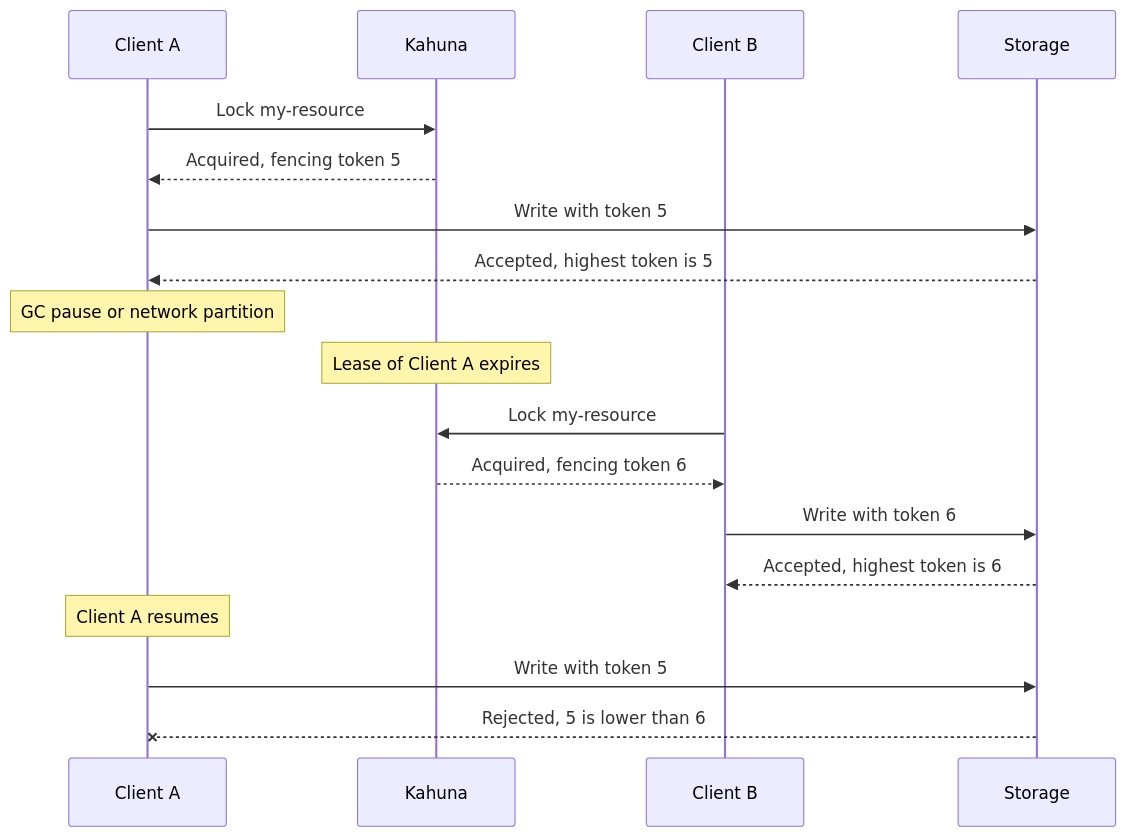
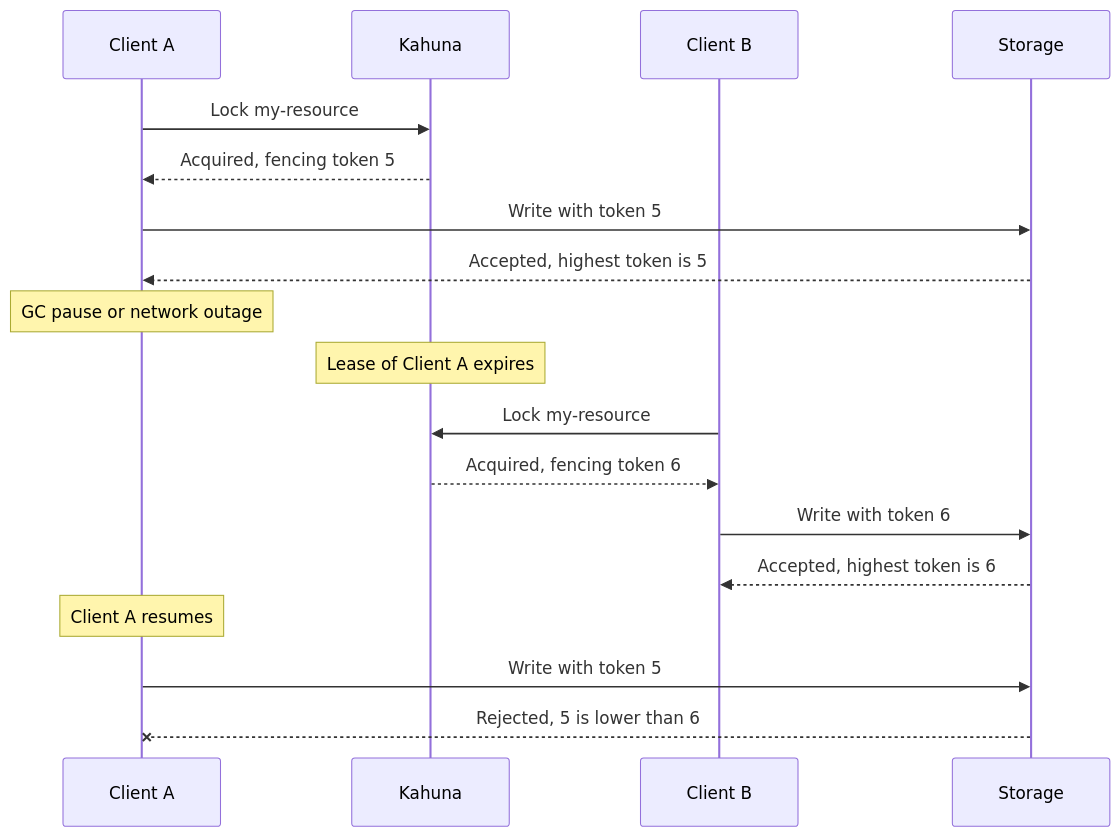
One commit to kahunakv/kahunakv.github.io changed the diagram in docs/distributed-locks/fencing-tokens.md. Above: the diagram before and after it, drawn with Mermaid. The commit also changed other lines of this file and 121 other files, not shown here.

````diff
--- a/docs/distributed-locks/fencing-tokens.md
+++ b/docs/distributed-locks/fencing-tokens.md
@@ -40,20 +30,20 @@
 ```mermaid
 sequenceDiagram
     participant A as Client A
     participant K as Kahuna
     participant B as Client B
     participant S as Storage
     A->>K: Lock my-resource
     K-->>A: Acquired, fencing token 5
     A->>S: Write with token 5
     S-->>A: Accepted, highest token is 5
-    Note over A: GC pause or network partition
+    Note over A: GC pause or network outage
     Note over K: Lease of Client A expires
     B->>K: Lock my-resource
     K-->>B: Acquired, fencing token 6
     B->>S: Write with token 6
     S-->>B: Accepted, highest token is 6
     Note over A: Client A resumes
     A->>S: Write with token 5
     S--xA: Rejected, 5 is lower than 6
 ```
````
